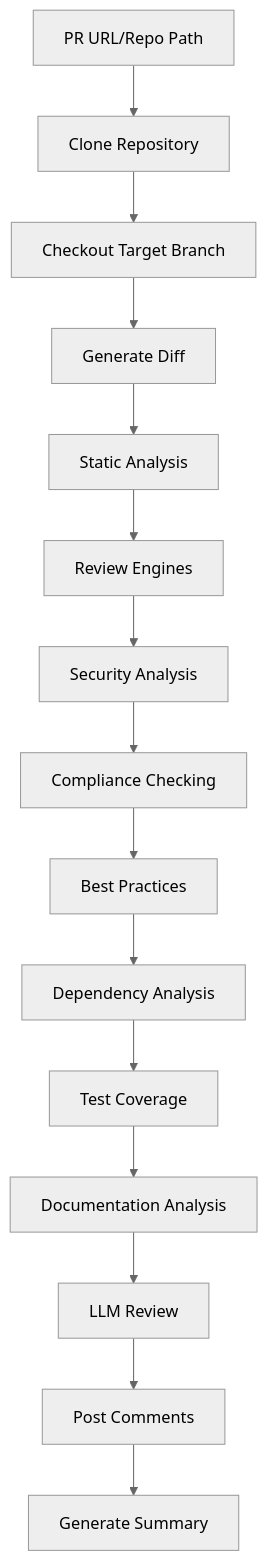
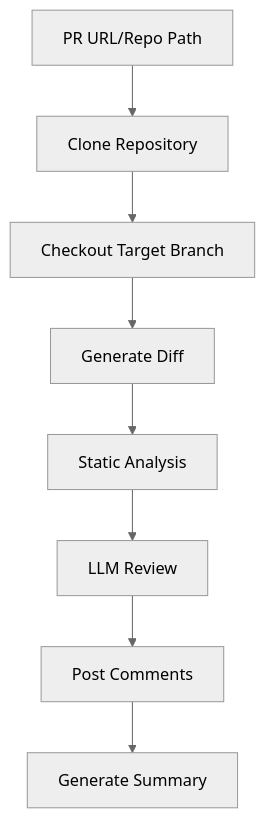
The diagram in README.md (inderanz/x-pull-request-reviewer), drawn with Mermaid (neutral theme) before and after one commit. The commit also changed other lines of this file and 2 other files, not shown here.

````diff
--- a/README.md
+++ b/README.md
@@ -93,17 +84,10 @@
 ```mermaid
 graph TD
     A[PR URL/Repo Path] --> B[Clone Repository]
     B --> C[Checkout Target Branch]
     C --> D[Generate Diff]
     D --> E[Static Analysis]
-    E --> F[Review Engines]
-    F --> G[Security Analysis]
-    G --> H[Compliance Checking]
-    H --> I[Best Practices]
-    I --> J[Dependency Analysis]
-    J --> K[Test Coverage]
-    K --> L[Documentation Analysis]
-    L --> M[LLM Review]
-    M --> N[Post Comments]
-    N --> O[Generate Summary]
+    E --> F[LLM Review]
+    F --> G[Post Comments]
+    G --> H[Generate Summary]
 ```
````
